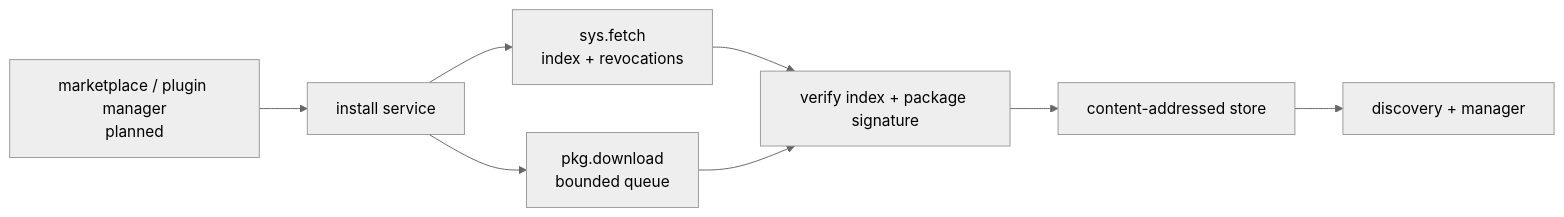
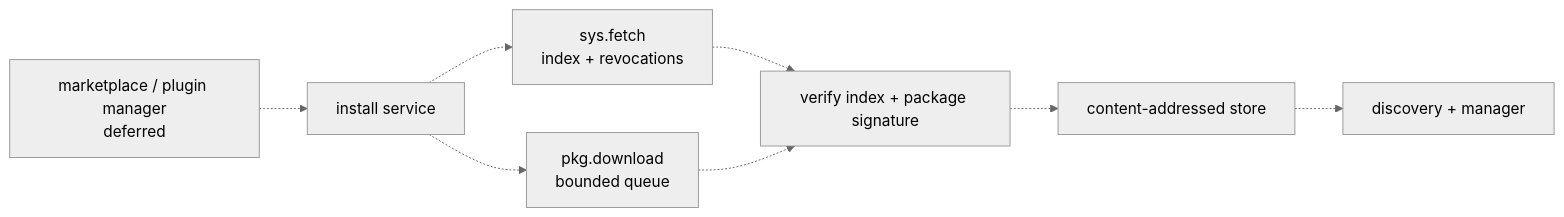
Before and after one commit to GBLMX/Anvil: the fifth of 5 diagrams in docs/architecture-visual.md, drawn with Mermaid (neutral theme). The commit also changed other lines of this file and 3 other files, not shown here.

First line of the commit message:
Refresh architecture maps for 0.6.0

````diff
--- a/docs/architecture-visual.md
+++ b/docs/architecture-visual.md
@@ -218,10 +189,10 @@
 ```mermaid
 flowchart LR
-    UI["marketplace / plugin manager<br/>planned"] --> SERVICE["install service"]
-    SERVICE --> FETCH["sys.fetch<br/>index + revocations"]
-    SERVICE --> DOWNLOAD["pkg.download<br/>bounded queue"]
-    FETCH --> VERIFY["verify index + package signature"]
-    DOWNLOAD --> VERIFY
-    VERIFY --> STORE["content-addressed store"]
-    STORE --> DISC["discovery + manager"]
+    UI["marketplace / plugin manager<br/>deferred"] -.-> SERVICE["install service"]
+    SERVICE -.-> FETCH["sys.fetch<br/>index + revocations"]
+    SERVICE -.-> DOWNLOAD["pkg.download<br/>bounded queue"]
+    FETCH -.-> VERIFY["verify index + package signature"]
+    DOWNLOAD -.-> VERIFY
+    VERIFY -.-> STORE["content-addressed store"]
+    STORE -.-> DISCOVERY["discovery + manager"]
 ```
````
